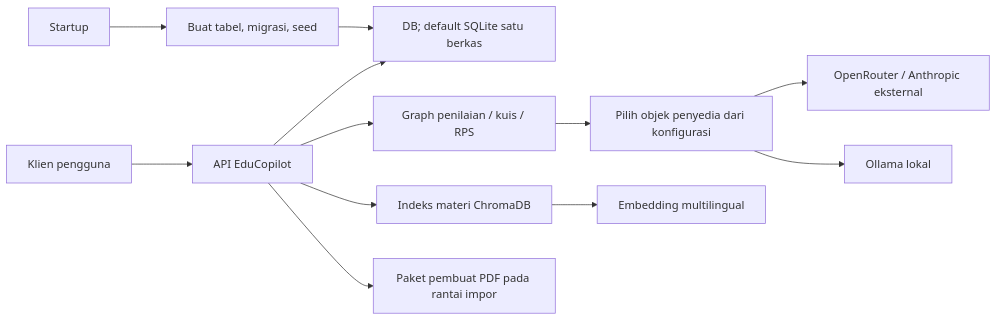
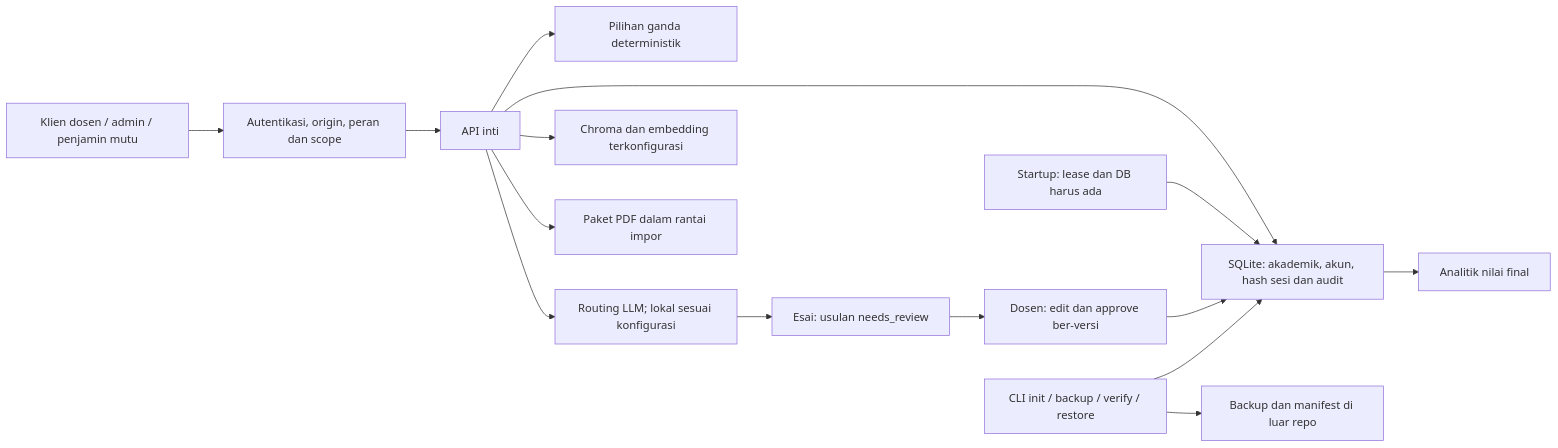
One commit to szyxxx/Agentic-Educator-Copilot changed the first of 4 diagrams in docs/rancangan-resiliensi.md. Above: the diagram before and after it, drawn with Mermaid. The commit also changed other lines of this file, not shown here.

````diff
--- a/docs/rancangan-resiliensi.md
+++ b/docs/rancangan-resiliensi.md
@@ -89,14 +92,17 @@
 ```mermaid
 flowchart LR
-    U["Klien pengguna"] --> API["API EduCopilot"]
-    API --> DB["DB; default SQLite satu berkas"]
-    API --> AG["Graph penilaian / kuis / RPS"]
-    AG --> R["Pilih objek penyedia dari konfigurasi"]
-    R --> CL["OpenRouter / Anthropic eksternal"]
-    R --> LO["Ollama lokal"]
-    API --> IDX["Indeks materi ChromaDB"]
-    IDX --> EM["Embedding multilingual"]
-    API --> PDF["Paket pembuat PDF pada rantai impor"]
-    ST["Startup"] --> IN["Buat tabel, migrasi, seed"]
-    IN --> DB
+    U["Klien dosen / admin / penjamin mutu"] --> AU["Autentikasi, origin, peran dan scope"]
+    AU --> API["API inti"]
+    API --> DB["SQLite: akademik, akun, hash sesi dan audit"]
+    ST["Startup: lease dan DB harus ada"] --> DB
+    API --> MCQ["Pilihan ganda deterministik"]
+    API --> AI["Routing LLM; lokal sesuai konfigurasi"]
+    AI --> PR["Esai: usulan needs_review"]
+    PR --> HU["Dosen: edit dan approve ber-versi"]
+    HU --> DB
+    DB --> STAT["Analitik nilai final"]
+    CLI["CLI init / backup / verify / restore"] --> DB
+    CLI --> BAK["Backup dan manifest di luar repo"]
+    API --> RAG["Chroma dan embedding terkonfigurasi"]
+    API --> PDF["Paket PDF dalam rantai impor"]
 ```
````
